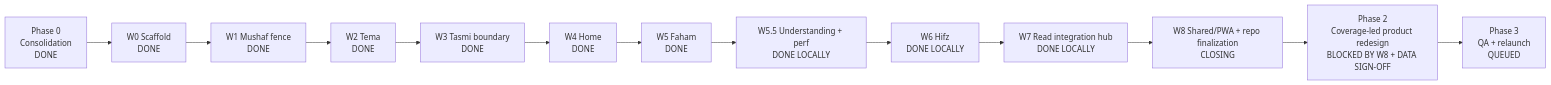
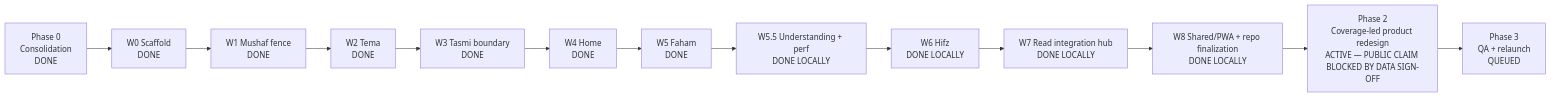
Before and after one commit to khayroul/miftah: the diagram in docs/PROGRAM-BOARD-2026-07-13.md, drawn with Mermaid. The commit also changed other lines of this file, not shown here.

Commit message:
docs: close Wave 8 and activate Phase 2

````diff
--- a/docs/PROGRAM-BOARD-2026-07-13.md
+++ b/docs/PROGRAM-BOARD-2026-07-13.md
@@ -9,18 +9,18 @@
 ```mermaid
 flowchart LR
     P0[Phase 0<br/>Consolidation<br/>DONE]
     W0[W0 Scaffold<br/>DONE]
     W1[W1 Mushaf fence<br/>DONE]
     W2[W2 Tema<br/>DONE]
     W3[W3 Tasmi boundary<br/>DONE]
     W4[W4 Home<br/>DONE]
     W5[W5 Faham<br/>DONE]
     W55[W5.5 Understanding + perf<br/>DONE LOCALLY]
     W6[W6 Hifz<br/>DONE LOCALLY]
     W7[W7 Read integration hub<br/>DONE LOCALLY]
-    W8[W8 Shared/PWA + repo finalization<br/>CLOSING]
-    P2[Phase 2<br/>Coverage-led product redesign<br/>BLOCKED BY W8 + DATA SIGN-OFF]
+    W8[W8 Shared/PWA + repo finalization<br/>DONE LOCALLY]
+    P2[Phase 2<br/>Coverage-led product redesign<br/>ACTIVE — PUBLIC CLAIM BLOCKED BY DATA SIGN-OFF]
     P3[Phase 3<br/>QA + relaunch<br/>QUEUED]
 
     P0 --> W0 --> W1 --> W2 --> W3 --> W4 --> W5 --> W55 --> W6 --> W7 --> W8 --> P2 --> P3
 ```
````
